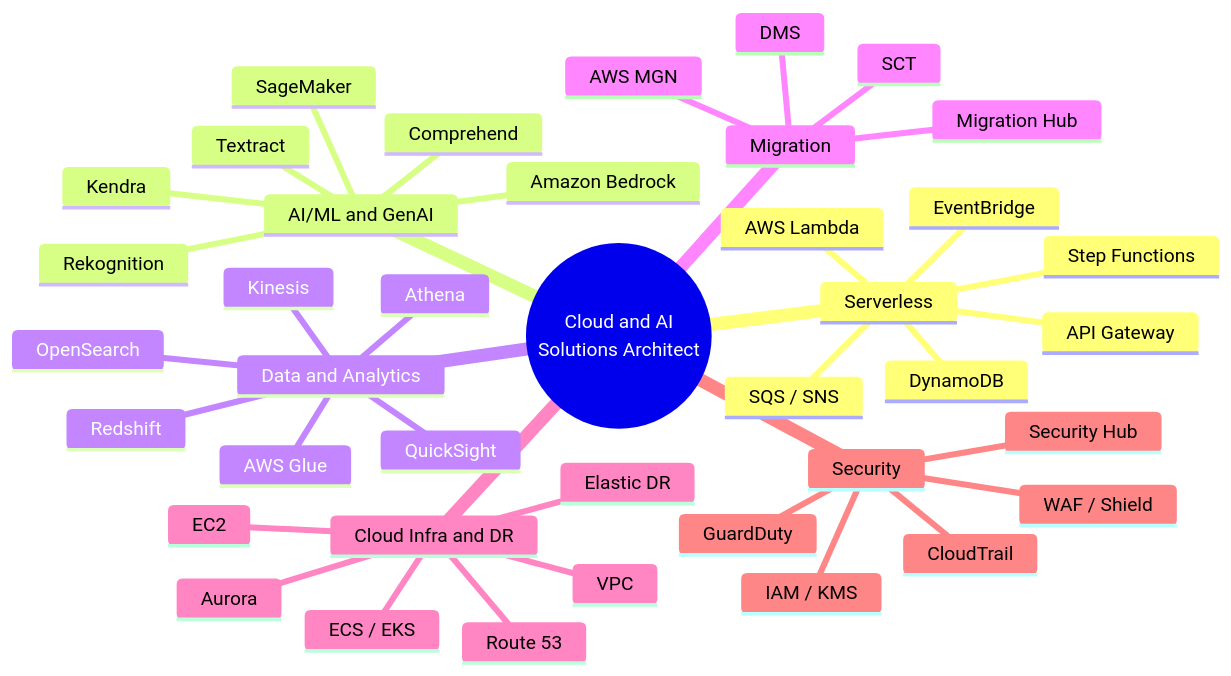
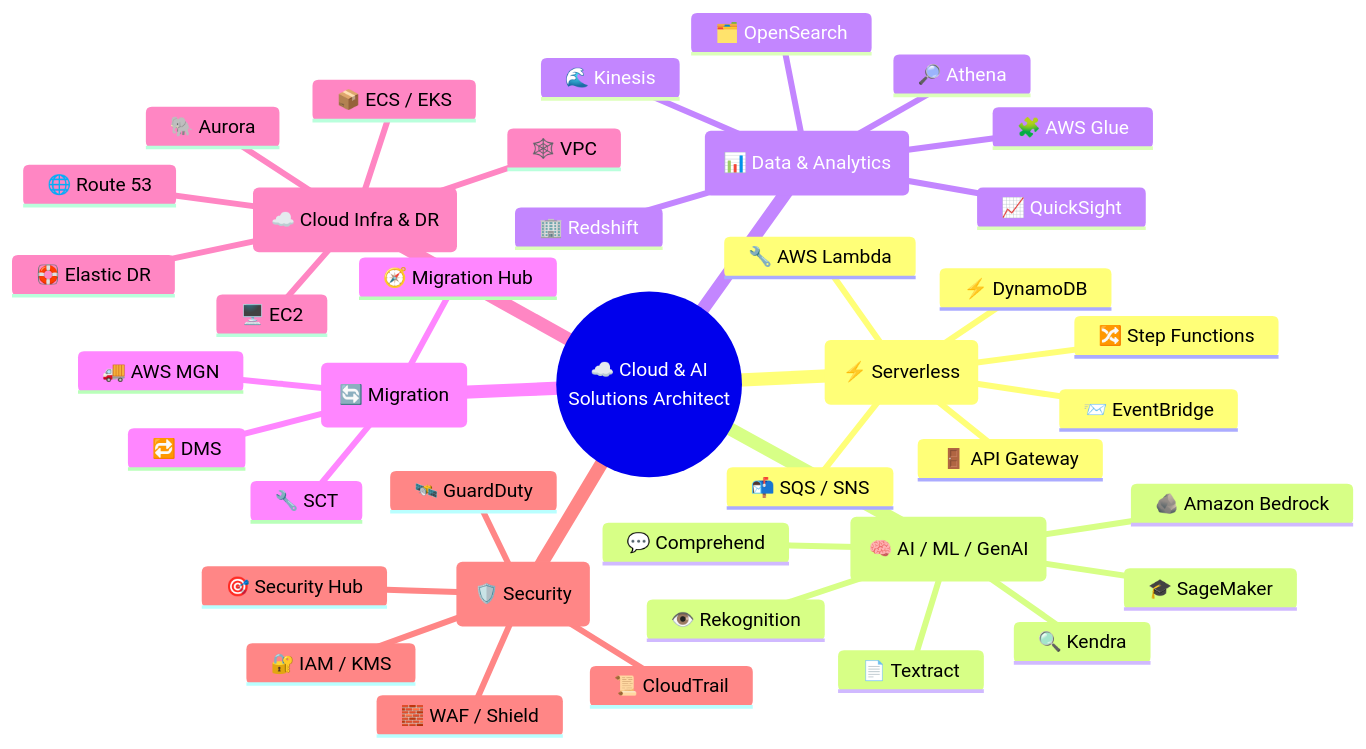
One commit to adityapandita97/adityapandita97.github.io changed the first of 6 diagrams in README.md. Above: the diagram before and after it, drawn with Mermaid. The commit also changed other lines of this file, not shown here.

Commit message:
Recognition: Rising Star & Bolster = 2 consecutive quarters; richer mindmap icons

````diff
--- a/README.md
+++ b/README.md
@@ -32,43 +32,43 @@
 ```mermaid
 mindmap
-  root((Cloud and AI<br/>Solutions Architect))
-    Serverless
-      AWS Lambda
-      API Gateway
-      Step Functions
-      EventBridge
-      SQS / SNS
-      DynamoDB
-    AI/ML and GenAI
-      Amazon Bedrock
-      SageMaker
-      Rekognition
-      Textract
-      Comprehend
-      Kendra
-    Data and Analytics
-      Redshift
-      QuickSight
-      Kinesis
-      AWS Glue
-      Athena
-      OpenSearch
-    Migration
-      AWS MGN
-      DMS
-      Migration Hub
-      SCT
-    Cloud Infra and DR
-      EC2
-      ECS / EKS
-      VPC
-      Route 53
-      Aurora
-      Elastic DR
-    Security
-      IAM / KMS
-      WAF / Shield
-      GuardDuty
-      Security Hub
-      CloudTrail
+  root(("☁️ Cloud & AI<br/>Solutions Architect"))
+    (⚡ Serverless)
+      🔧 AWS Lambda
+      🚪 API Gateway
+      🔀 Step Functions
+      📨 EventBridge
+      📬 SQS / SNS
+      ⚡ DynamoDB
+    (🧠 AI / ML / GenAI)
+      🪨 Amazon Bedrock
+      🎓 SageMaker
+      👁️ Rekognition
+      📄 Textract
+      💬 Comprehend
+      🔍 Kendra
+    (📊 Data & Analytics)
+      🏢 Redshift
+      📈 QuickSight
+      🌊 Kinesis
+      🧩 AWS Glue
+      🔎 Athena
+      🗂️ OpenSearch
+    (🔄 Migration)
+      🚚 AWS MGN
+      🔁 DMS
+      🧭 Migration Hub
+      🔧 SCT
+    (☁️ Cloud Infra & DR)
+      🖥️ EC2
+      📦 ECS / EKS
+      🕸️ VPC
+      🌐 Route 53
+      🐘 Aurora
+      🛟 Elastic DR
+    (🛡️ Security)
+      🔐 IAM / KMS
+      🧱 WAF / Shield
+      🛰️ GuardDuty
+      🎯 Security Hub
+      📜 CloudTrail
 ```
````
